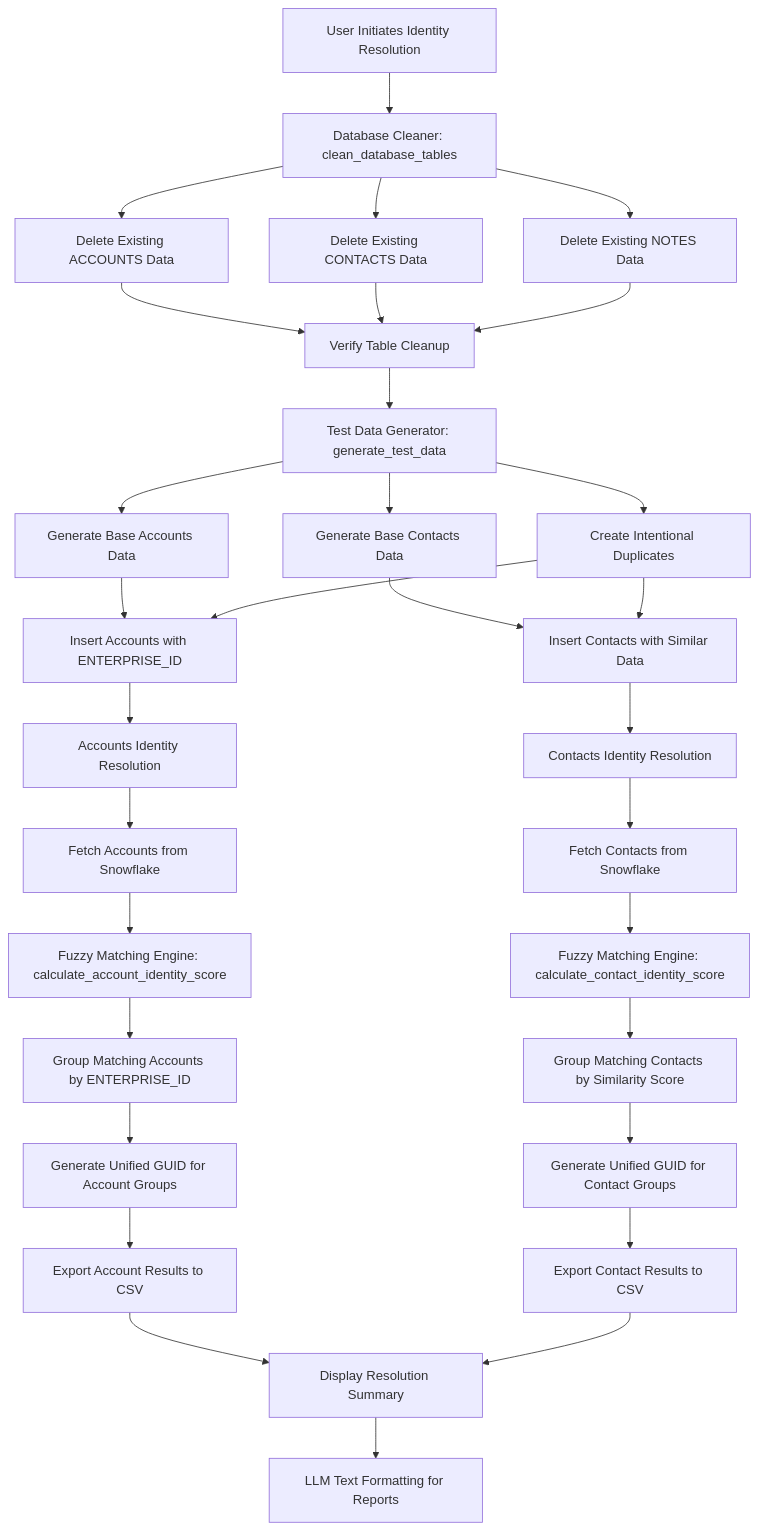
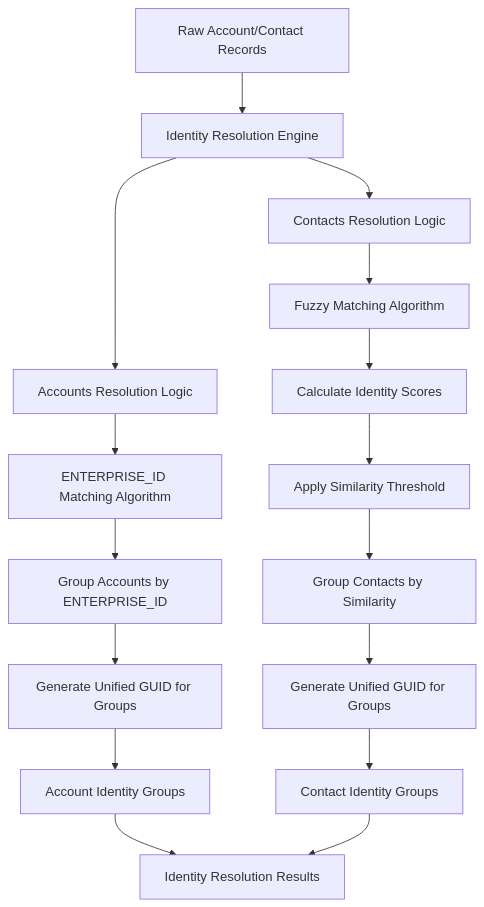
Before and after one commit to arupsarkar-sfdc/retail-execution: the first of 3 diagrams in IDENTITY_RESOLUTION_IMPLEMENTATION.md, drawn with Mermaid. The commit also changed other lines of this file and 1 other file, not shown here.

````diff
--- a/IDENTITY_RESOLUTION_IMPLEMENTATION.md
+++ b/IDENTITY_RESOLUTION_IMPLEMENTATION.md
@@ -139,44 +133,23 @@
 ```mermaid
 graph TD
-    A[User Initiates Identity Resolution] --> B[Database Cleaner: clean_database_tables]
-    B --> C[Delete Existing ACCOUNTS Data]
-    B --> D[Delete Existing CONTACTS Data]
-    B --> E[Delete Existing NOTES Data]
+    A[Raw Account/Contact Records] --> B[Identity Resolution Engine]
     
-    C --> F[Verify Table Cleanup]
-    D --> F
-    E --> F
+    B --> C[Accounts Resolution Logic]
+    B --> D[Contacts Resolution Logic]
     
-    F --> G[Test Data Generator: generate_test_data]
-    G --> H[Generate Base Accounts Data]
-    G --> I[Generate Base Contacts Data]
-    G --> J[Create Intentional Duplicates]
+    C --> E[ENTERPRISE_ID Matching Algorithm]
+    E --> F[Group Accounts by ENTERPRISE_ID]
+    F --> G[Generate Unified GUID for Groups]
     
-    H --> K[Insert Accounts with ENTERPRISE_ID]
-    I --> L[Insert Contacts with Similar Data]
-    J --> K
-    J --> L
+    D --> H[Fuzzy Matching Algorithm]
+    H --> I[Calculate Identity Scores]
+    I --> J[Apply Similarity Threshold]
+    J --> K[Group Contacts by Similarity]
+    K --> L[Generate Unified GUID for Groups]
     
-    K --> M[Accounts Identity Resolution]
-    L --> N[Contacts Identity Resolution]
+    G --> M[Account Identity Groups]
+    L --> N[Contact Identity Groups]
     
-    M --> O[Fetch Accounts from Snowflake]
-    N --> P[Fetch Contacts from Snowflake]
-    
-    O --> Q[Fuzzy Matching Engine: calculate_account_identity_score]
-    P --> R[Fuzzy Matching Engine: calculate_contact_identity_score]
-    
-    Q --> S[Group Matching Accounts by ENTERPRISE_ID]
-    R --> T[Group Matching Contacts by Similarity Score]
-    
-    S --> U[Generate Unified GUID for Account Groups]
-    T --> V[Generate Unified GUID for Contact Groups]
-    
-    U --> W[Export Account Results to CSV]
-    V --> X[Export Contact Results to CSV]
-    
-    W --> Y[Display Resolution Summary]
-    X --> Y
-    
-    Y --> Z[LLM Text Formatting for Reports]
+    M --> O[Identity Resolution Results]
+    N --> O
 ```
````
